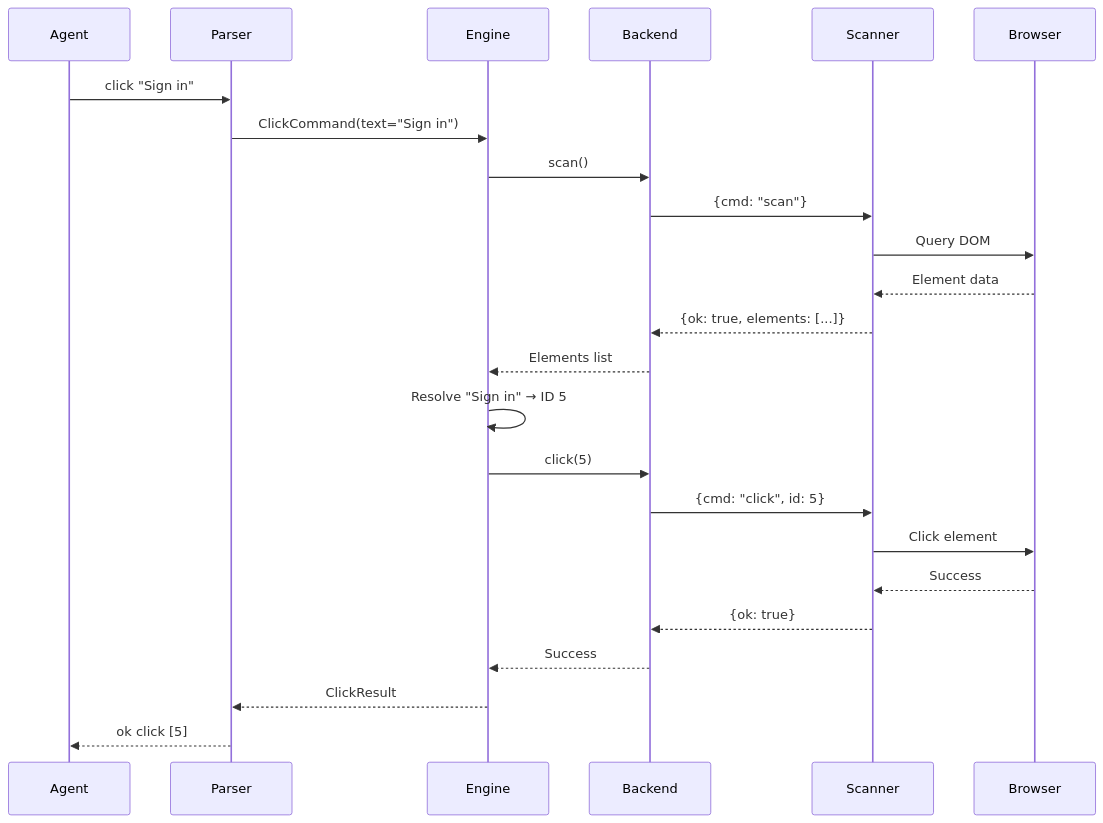
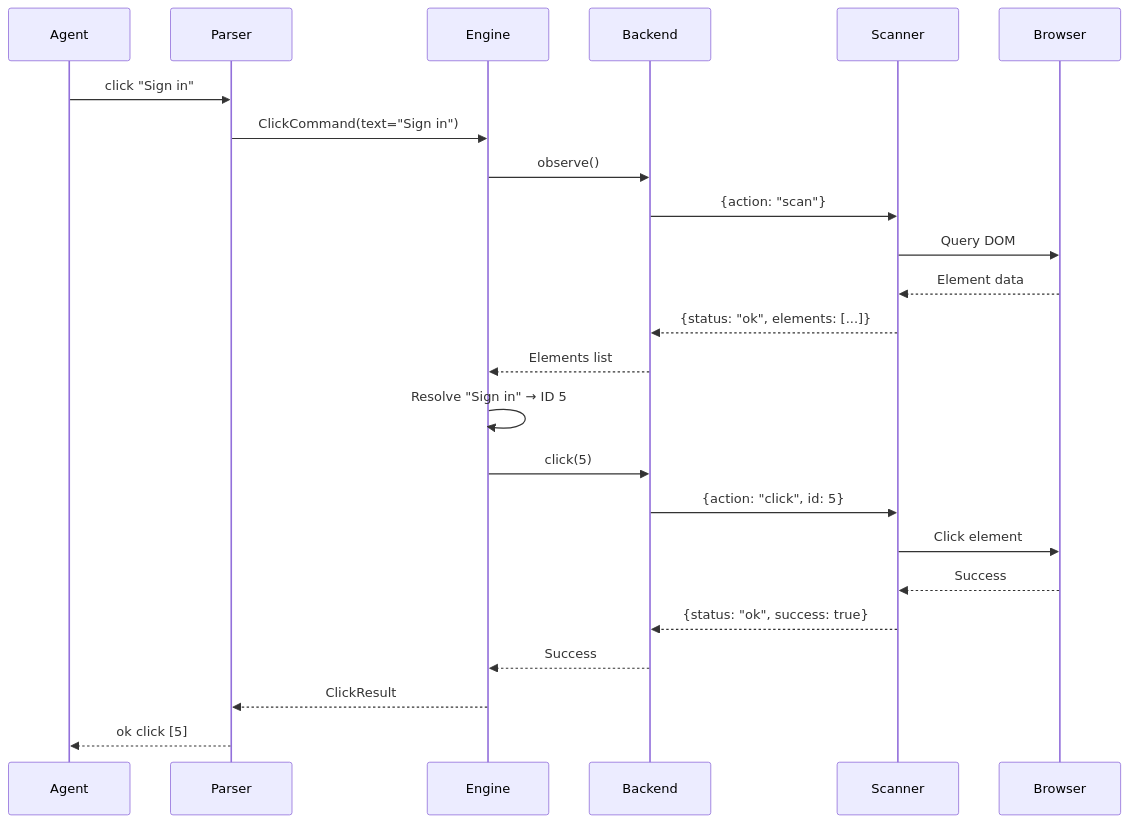
The second of 3 diagrams in website/docs/concepts/architecture.md (rustic-ai/oryn), drawn with Mermaid before and after one commit. The commit also changed other lines of this file and 33 other files, not shown here.

````diff
--- a/website/docs/concepts/architecture.md
+++ b/website/docs/concepts/architecture.md
@@ -148,27 +149,27 @@
 ```mermaid
 sequenceDiagram
     participant Agent
     participant Parser
     participant Engine
     participant Backend
     participant Scanner
     participant Browser
 
     Agent->>Parser: click "Sign in"
     Parser->>Engine: ClickCommand(text="Sign in")
-    Engine->>Backend: scan()
-    Backend->>Scanner: {cmd: "scan"}
+    Engine->>Backend: observe()
+    Backend->>Scanner: {action: "scan"}
     Scanner->>Browser: Query DOM
     Browser-->>Scanner: Element data
-    Scanner-->>Backend: {ok: true, elements: [...]}
+    Scanner-->>Backend: {status: "ok", elements: [...]}
     Backend-->>Engine: Elements list
     Engine->>Engine: Resolve "Sign in" → ID 5
     Engine->>Backend: click(5)
-    Backend->>Scanner: {cmd: "click", id: 5}
+    Backend->>Scanner: {action: "click", id: 5}
     Scanner->>Browser: Click element
     Browser-->>Scanner: Success
-    Scanner-->>Backend: {ok: true}
+    Scanner-->>Backend: {status: "ok", success: true}
     Backend-->>Engine: Success
     Engine-->>Parser: ClickResult
     Parser-->>Agent: ok click [5]
 ```
````
